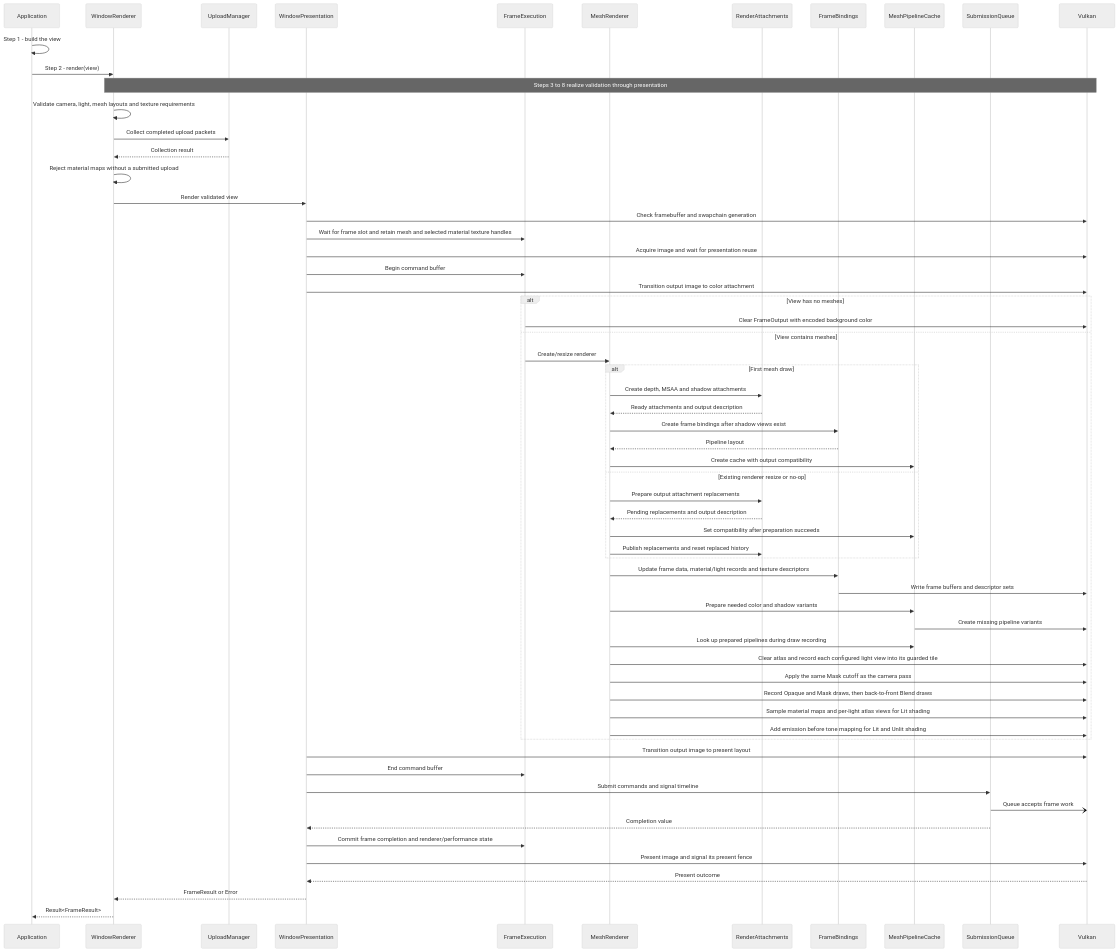
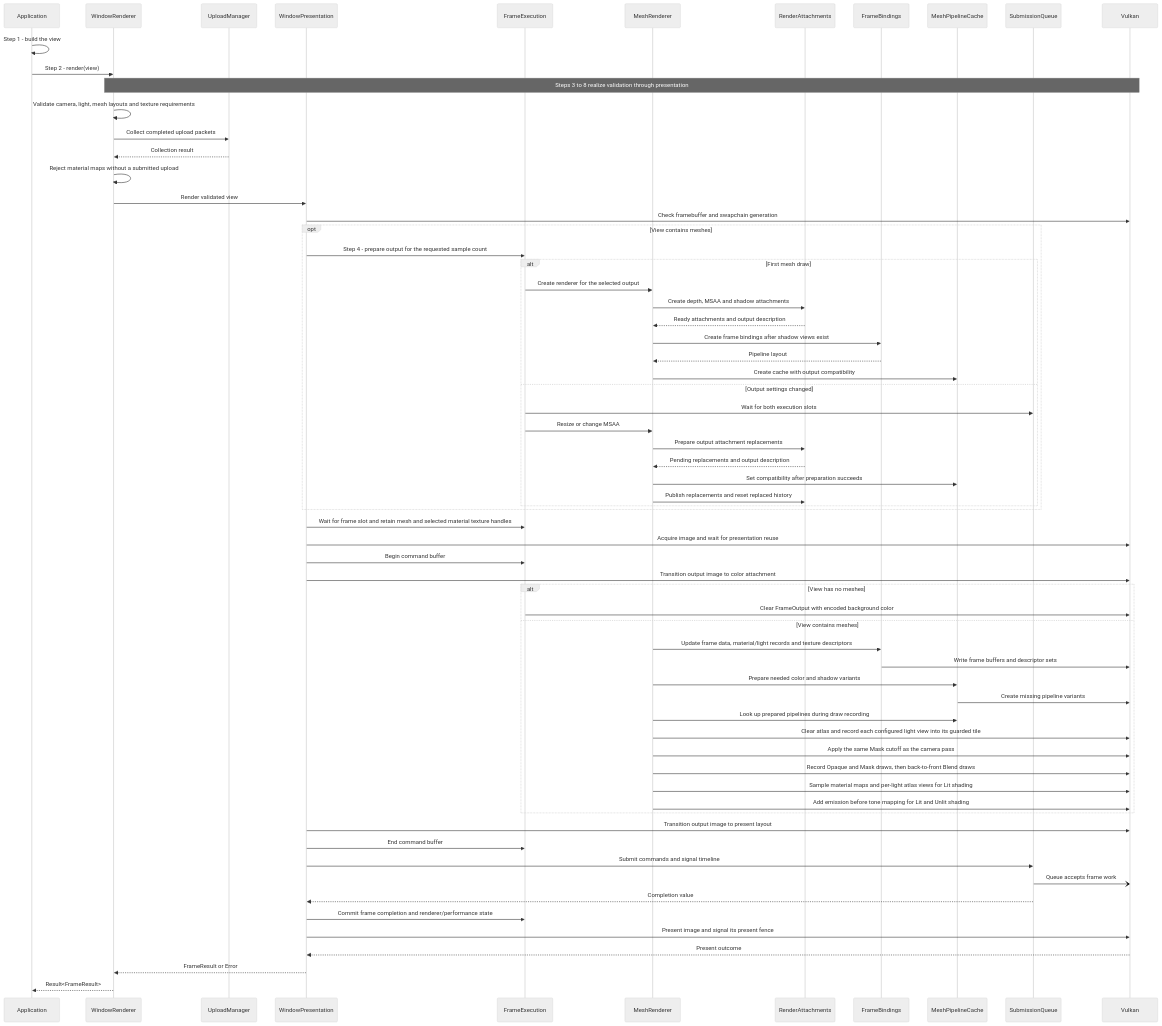
Before and after one commit to a-soltysik/Panda: the diagram in docs/use-cases/render-view.md, drawn with Mermaid (neutral theme). The commit also changed other lines of this file and 56 other files, not shown here.

Commit message:
Add runtime graphics settings (#136)

````diff
--- a/docs/use-cases/render-view.md
+++ b/docs/use-cases/render-view.md
@@ -129,64 +128,69 @@
 ```mermaid
 sequenceDiagram
     participant A as Application
     participant W as WindowRenderer
     participant U as UploadManager
     participant P as WindowPresentation
     participant E as FrameExecution
     participant R as MeshRenderer
     participant RA as RenderAttachments
     participant B as FrameBindings
     participant K as MeshPipelineCache
     participant Q as SubmissionQueue
     participant V as Vulkan
     A ->> A: Step 1 - build the view
     A ->> W: Step 2 - render(view)
     Note over W, V: Steps 3 to 8 realize validation through presentation
     W ->> W: Validate camera, light, mesh layouts and texture requirements
     W ->> U: Collect completed upload packets
     U -->> W: Collection result
     W ->> W: Reject material maps without a submitted upload
     W ->> P: Render validated view
     P ->> V: Check framebuffer and swapchain generation
+    opt View contains meshes
+        P ->> E: Step 4 - prepare output for the requested sample count
+        alt First mesh draw
+            E ->> R: Create renderer for the selected output
+            R ->> RA: Create depth, MSAA and shadow attachments
+            RA -->> R: Ready attachments and output description
+            R ->> B: Create frame bindings after shadow views exist
+            B -->> R: Pipeline layout
+            R ->> K: Create cache with output compatibility
+        else Output settings changed
+            E ->> Q: Wait for both execution slots
+            E ->> R: Resize or change MSAA
+            R ->> RA: Prepare output attachment replacements
+            RA -->> R: Pending replacements and output description
+            R ->> K: Set compatibility after preparation succeeds
+            R ->> RA: Publish replacements and reset replaced history
+        end
+    end
     P ->> E: Wait for frame slot and retain mesh and selected material texture handles
     P ->> V: Acquire image and wait for presentation reuse
     P ->> E: Begin command buffer
     P ->> V: Transition output image to color attachment
     alt View has no meshes
         E ->> V: Clear FrameOutput with encoded background color
     else View contains meshes
-        E ->> R: Create/resize renderer
-        alt First mesh draw
-            R ->> RA: Create depth, MSAA and shadow attachments
-            RA -->> R: Ready attachments and output description
-            R ->> B: Create frame bindings after shadow views exist
-            B -->> R: Pipeline layout
-            R ->> K: Create cache with output compatibility
-        else Existing renderer resize or no-op
-            R ->> RA: Prepare output attachment replacements
-            RA -->> R: Pending replacements and output description
-            R ->> K: Set compatibility after preparation succeeds
-            R ->> RA: Publish replacements and reset replaced history
-        end
         R ->> B: Update frame data, material/light records and texture descriptors
         B ->> V: Write frame buffers and descriptor sets
         R ->> K: Prepare needed color and shadow variants
         K ->> V: Create missing pipeline variants
         R ->> K: Look up prepared pipelines during draw recording
         R ->> V: Clear atlas and record each configured light view into its guarded tile
         R ->> V: Apply the same Mask cutoff as the camera pass
         R ->> V: Record Opaque and Mask draws, then back-to-front Blend draws
         R ->> V: Sample material maps and per-light atlas views for Lit shading
         R ->> V: Add emission before tone mapping for Lit and Unlit shading
     end
     P ->> V: Transition output image to present layout
     P ->> E: End command buffer
     P ->> Q: Submit commands and signal timeline
     Q -) V: Queue accepts frame work
     Q -->> P: Completion value
     P ->> E: Commit frame completion and renderer/performance state
     P ->> V: Present image and signal its present fence
     V -->> P: Present outcome
     P -->> W: FrameResult or Error
     W -->> A: Result<FrameResult>
 ```
````
